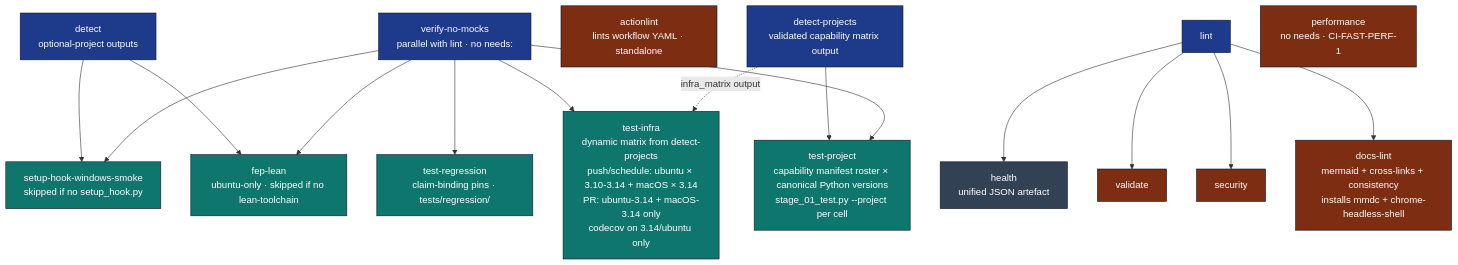
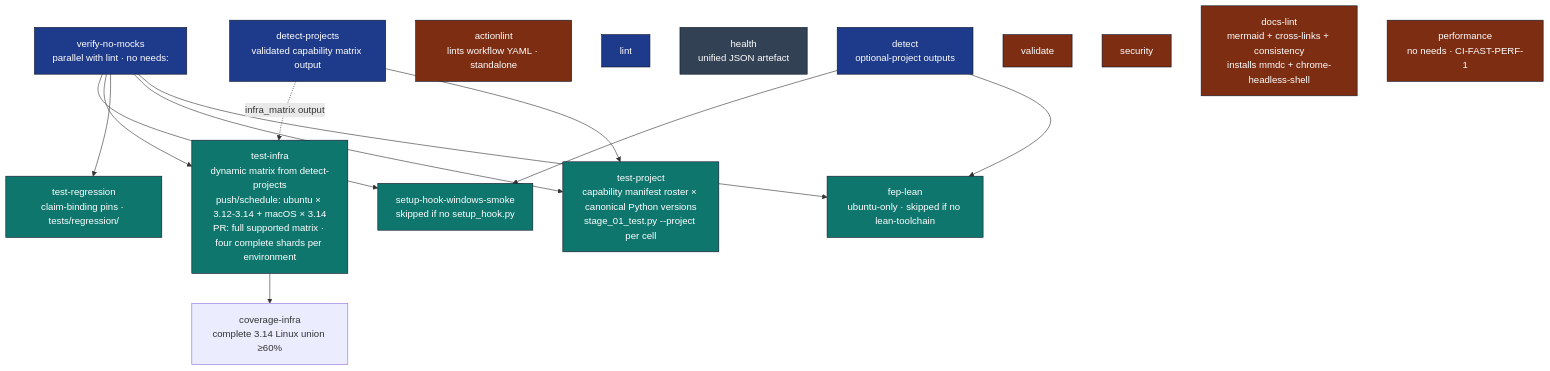
Before and after one commit to docxology/template: the second of 2 diagrams in .github/workflows/AGENTS.md, drawn with Mermaid. The commit also changed other lines of this file and 1600 other files, not shown here.

````diff
--- a/.github/workflows/AGENTS.md
+++ b/.github/workflows/AGENTS.md
@@ -47,30 +45,32 @@
 ```mermaid
 flowchart TB
     DET[detect<br/>optional-project outputs]
     DETP[detect-projects<br/>validated capability matrix output]
     ACTLINT[actionlint<br/>lints workflow YAML · standalone]
-    LINT[lint] --> HEALTH[health<br/>unified JSON artefact]
+    LINT[lint]
+    HEALTH[health<br/>unified JSON artefact]
     VNM[verify-no-mocks<br/>parallel with lint · no needs:]
-    LINT --> VAL[validate]
-    LINT --> SEC[security]
-    LINT --> DL[docs-lint<br/>mermaid + cross-links + consistency<br/>installs mmdc + chrome-headless-shell]
+    VAL[validate]
+    SEC[security]
+    DL[docs-lint<br/>mermaid + cross-links + consistency<br/>installs mmdc + chrome-headless-shell]
     VNM --> SHW[setup-hook-windows-smoke<br/>skipped if no setup_hook.py]
     DETP -.->|infra_matrix output| TI
-    VNM --> TI[test-infra<br/>dynamic matrix from detect-projects<br/>push/schedule: ubuntu × 3.10-3.14 + macOS × 3.14<br/>PR: ubuntu-3.14 + macOS-3.14 only<br/>codecov on 3.14/ubuntu only]
+    VNM --> TI[test-infra<br/>dynamic matrix from detect-projects<br/>push/schedule: ubuntu × 3.12-3.14 + macOS × 3.14<br/>PR: full supported matrix · four complete shards per environment]
+    TI --> IC[coverage-infra<br/>complete 3.14 Linux union ≥60%]
     VNM --> TR[test-regression<br/>claim-binding pins · tests/regression/]
     VNM --> TP[test-project<br/>capability manifest roster × canonical Python versions<br/>stage_01_test.py --project per cell]
     VNM --> FL[fep-lean<br/>ubuntu-only · skipped if no lean-toolchain]
     DET --> SHW
     DET --> FL
     DETP --> TP
     PERF[performance<br/>no needs · CI-FAST-PERF-1]
 
     classDef gate fill:#1e3a8a,stroke:#0f172a,color:#fff
     classDef matrix fill:#0f766e,stroke:#0f172a,color:#fff
     classDef terminal fill:#7c2d12,stroke:#0f172a,color:#fff
     classDef info fill:#334155,stroke:#0f172a,color:#fff
     class DET,DETP,LINT,VNM gate
     class TI,TR,TP,FL,SHW matrix
     class VAL,SEC,DL,PERF,ACTLINT terminal
     class HEALTH info
 ```
````
